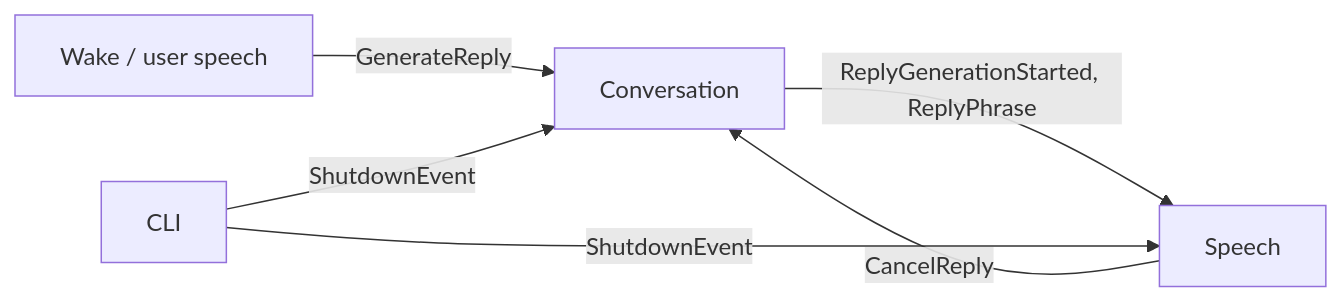
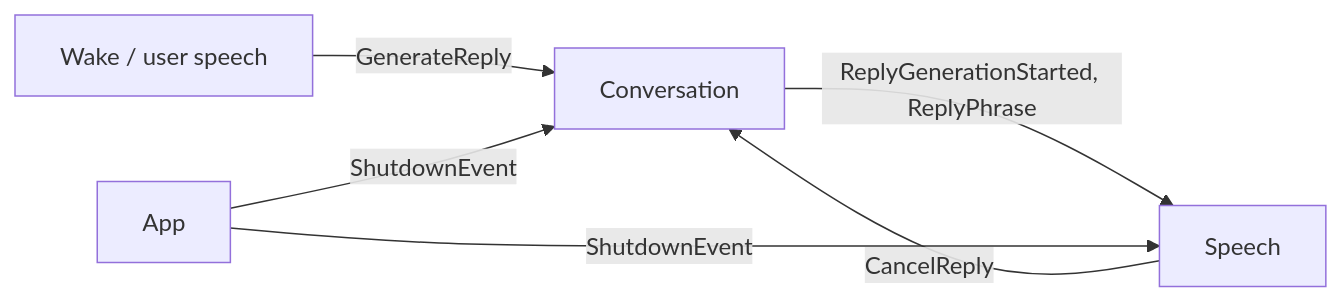
One commit to stanislaw-glogowski/helomi-app changed the second of 2 diagrams in docs/architecture/lifecycle-and-concurrency.md. Above: the diagram before and after it, drawn with Mermaid. The commit also changed other lines of this file and 32 other files, not shown here.

````diff
--- a/docs/architecture/lifecycle-and-concurrency.md
+++ b/docs/architecture/lifecycle-and-concurrency.md
@@ -35,8 +35,8 @@
 ```mermaid
 flowchart LR
   Wake["Wake / user speech"] -->|GenerateReply| Conversation
   Conversation -->|ReplyGenerationStarted, ReplyPhrase| Speech
   Speech -->|CancelReply| Conversation
-  CLI -->|ShutdownEvent| Speech
-  CLI -->|ShutdownEvent| Conversation
+  App -->|ShutdownEvent| Speech
+  App -->|ShutdownEvent| Conversation
 ```
````
